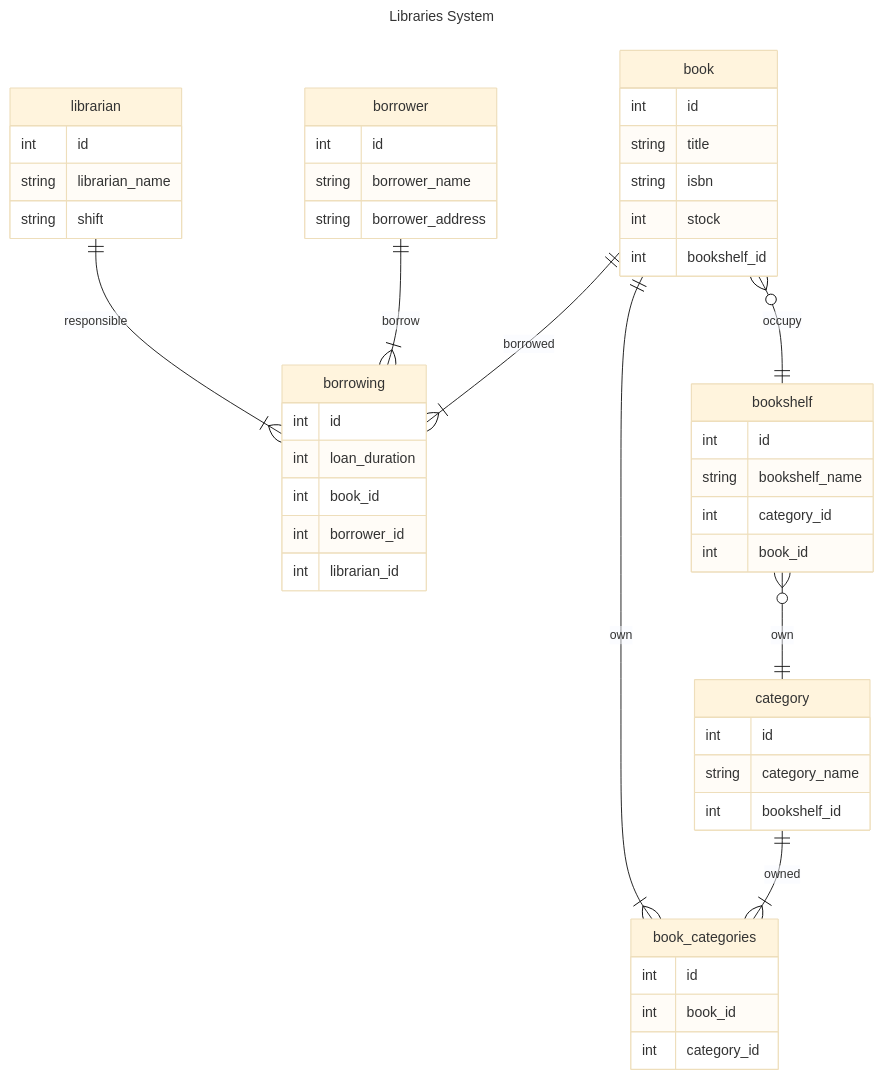
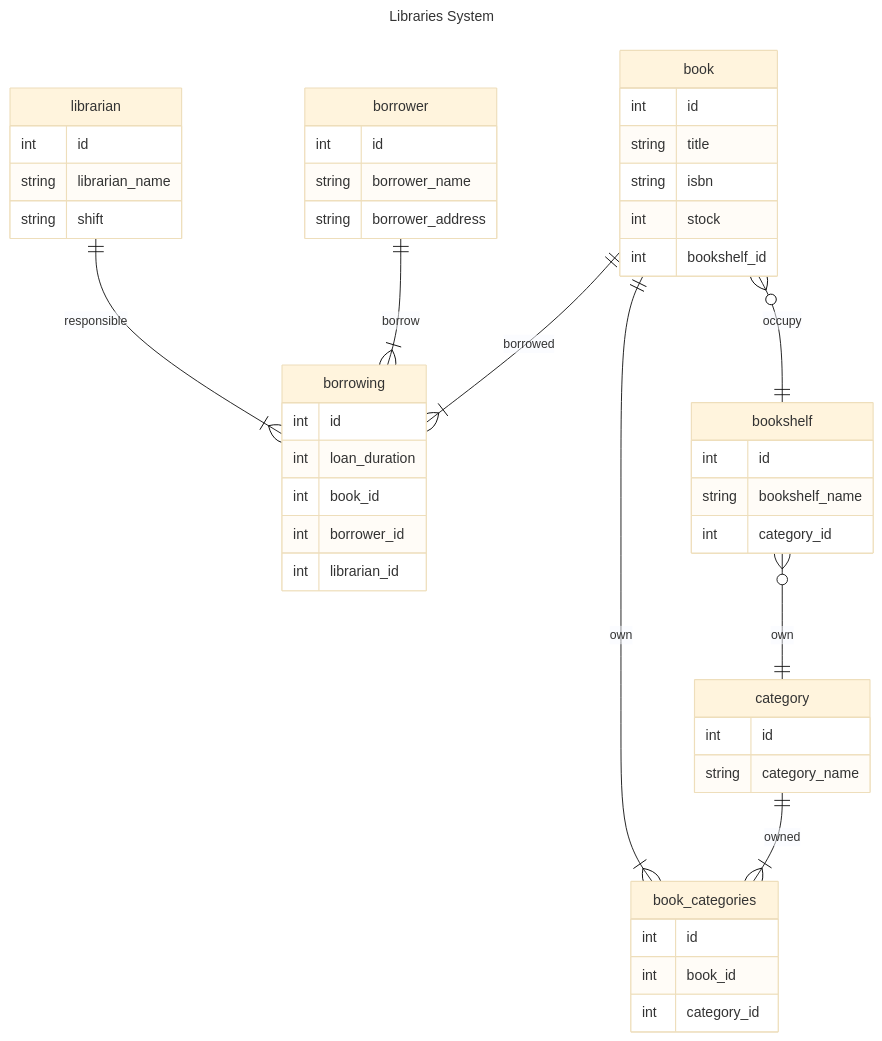
Before and after one commit to ItsnaMaulanaHasan/koda-b4-db1: the diagram in README.md, drawn with Mermaid (base theme). The commit also changed 1 other file, not shown here.

Commit message:
feat: update sql and query

````diff
--- a/README.md
+++ b/README.md
@@ -3,60 +3,58 @@
 ```mermaid
 ---
     title: Libraries System
 ---
 erDiagram
     book{
         int id
         string title
         string isbn
         int stock
         int bookshelf_id
     }
 
     category{
         int id
         string category_name
-        int bookshelf_id
     }
 
     bookshelf{
         int id
         string bookshelf_name
         int category_id
-        int book_id
     }
 
     librarian{
         int id
         string librarian_name
         string shift
     }
 
     borrower{
         int id
         string borrower_name
         string borrower_address
     }
 
     borrowing{
         int id
         int loan_duration
         int book_id
         int borrower_id
         int librarian_id
     }
 
     book_categories{
         int id
         int book_id
         int category_id
     }
 
     librarian ||--|{ borrowing : responsible
     borrower ||--|{ borrowing : borrow
     book ||--|{ borrowing : borrowed
     book ||--|{ book_categories : own
     category ||--|{ book_categories : owned
     book }o--|| bookshelf : occupy
     bookshelf }o--|| category : own
 ```
````
